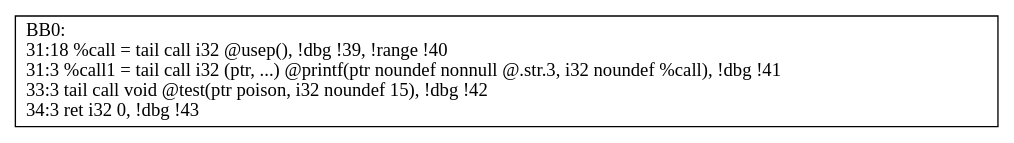
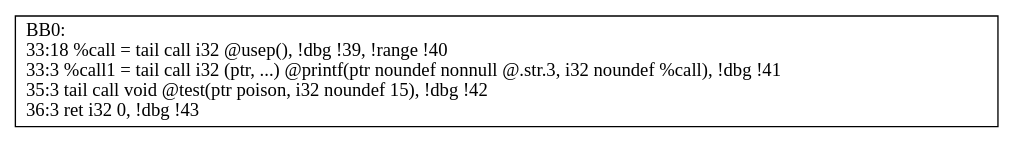
The diagram in output/demo.ll_main_CFG.dot (M-ouse/FinalDesign), drawn with Graphviz before and after one commit. The commit also changed 5 other files, not shown here.

```diff
--- a/output/demo.ll_main_CFG.dot
+++ b/output/demo.ll_main_CFG.dot
@@ -1,3 +1,3 @@
 digraph "CFG for'main' function" {
-	BB0 [shape=record, label="{BB0:\l31:18   %call = tail call i32 @usep(), !dbg !39, !range !40\l 31:3   %call1 = tail call i32 (ptr, ...) @printf(ptr noundef nonnull @.str.3, i32 noundef %call), !dbg !41\l 33:3   tail call void @test(ptr poison, i32 noundef 15), !dbg !42\l 34:3   ret i32 0, !dbg !43\l }"];
+	BB0 [shape=record, label="{BB0:\l33:18   %call = tail call i32 @usep(), !dbg !39, !range !40\l 33:3   %call1 = tail call i32 (ptr, ...) @printf(ptr noundef nonnull @.str.3, i32 noundef %call), !dbg !41\l 35:3   tail call void @test(ptr poison, i32 noundef 15), !dbg !42\l 36:3   ret i32 0, !dbg !43\l }"];
 }
```
